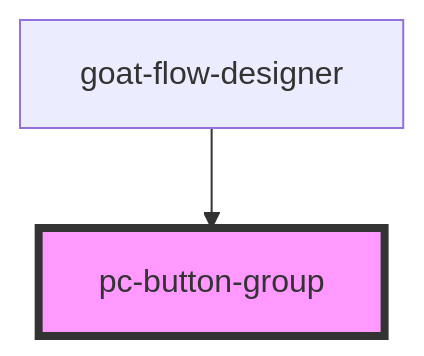
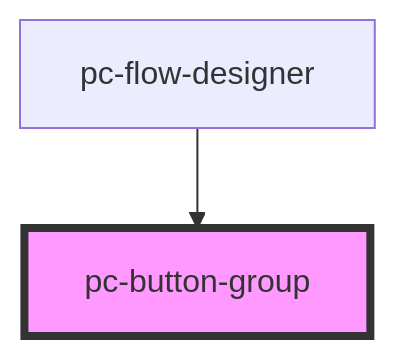
One commit to redvars/peacock changed the diagram in src/components/button-group/readme.md. Above: the diagram before and after it, drawn with Mermaid. The commit also changed other lines of this file and 299 other files, not shown here.

````diff
--- a/src/components/button-group/readme.md
+++ b/src/components/button-group/readme.md
@@ -15,5 +15,5 @@
 ```mermaid
 graph TD;
-  goat-flow-designer --> pc-button-group
+  pc-flow-designer --> pc-button-group
   style pc-button-group fill:#f9f,stroke:#333,stroke-width:4px
 ```
````
